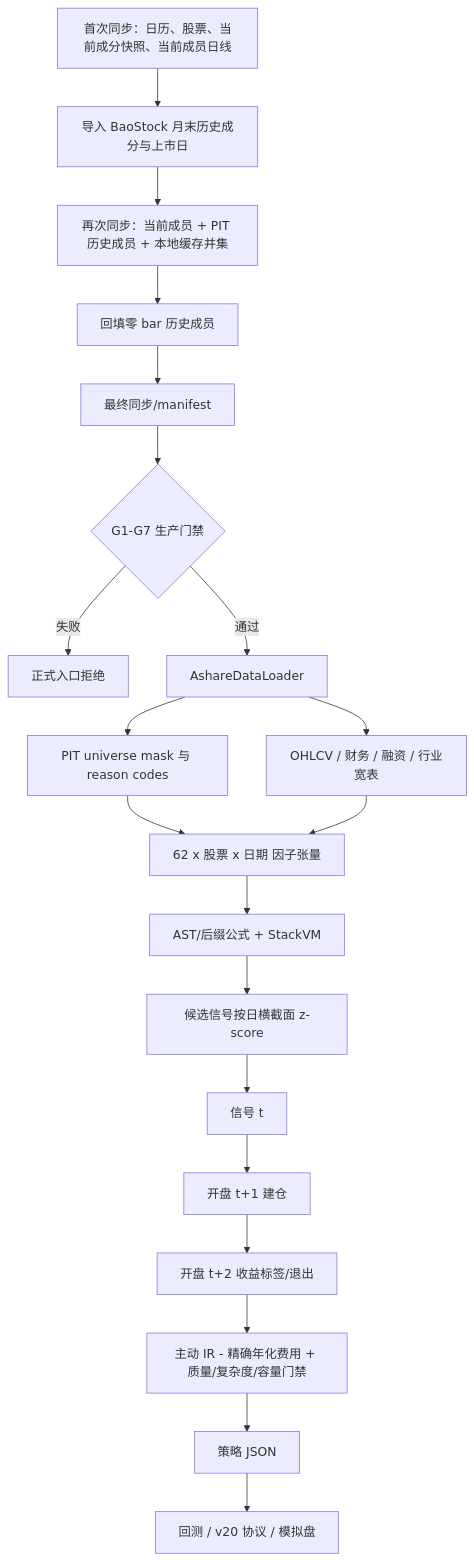
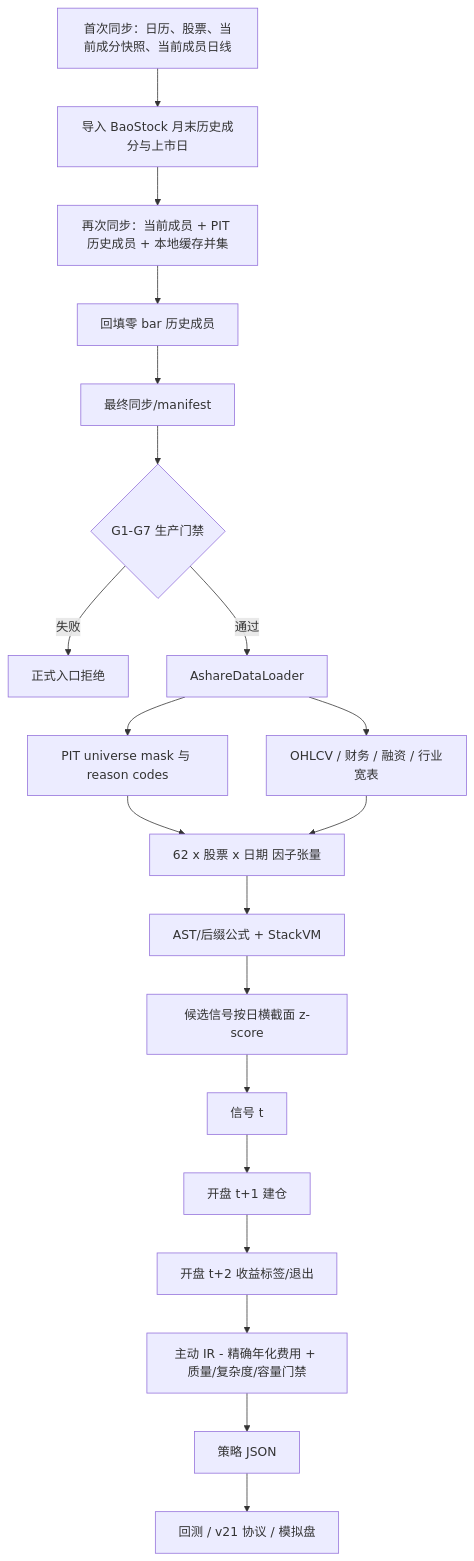
One commit to fanxxxks/N changed the third of 6 diagrams in docs/PROJECT_ONBOARDING.md. Above: the diagram before and after it, drawn with Mermaid. The commit also changed other lines of this file, not shown here.

```diff
--- a/docs/PROJECT_ONBOARDING.md
+++ b/docs/PROJECT_ONBOARDING.md
@@ -284,22 +297,22 @@
 ~~~mermaid
 flowchart TD
     A[首次同步：日历、股票、当前成分快照、当前成员日线] --> B[导入 BaoStock 月末历史成分与上市日]
     B --> C[再次同步：当前成员 + PIT 历史成员 + 本地缓存并集]
     C --> D[回填零 bar 历史成员]
     D --> E[最终同步/manifest]
     E --> F{G1-G7 生产门禁}
     F -- 失败 --> X[正式入口拒绝]
     F -- 通过 --> G[AshareDataLoader]
     G --> H[PIT universe mask 与 reason codes]
     G --> I[OHLCV / 财务 / 融资 / 行业宽表]
     H --> J[62 x 股票 x 日期 因子张量]
     I --> J
     J --> K[AST/后缀公式 + StackVM]
     K --> L[候选信号按日横截面 z-score]
     L --> M[信号 t]
     M --> N[开盘 t+1 建仓]
     N --> O[开盘 t+2 收益标签/退出]
     O --> P[主动 IR - 精确年化费用 + 质量/复杂度/容量门禁]
     P --> Q[策略 JSON]
-    Q --> R[回测 / v20 协议 / 模拟盘]
+    Q --> R[回测 / v21 协议 / 模拟盘]
 ~~~
```
